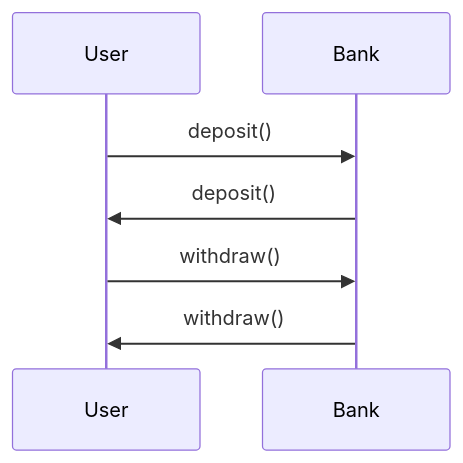
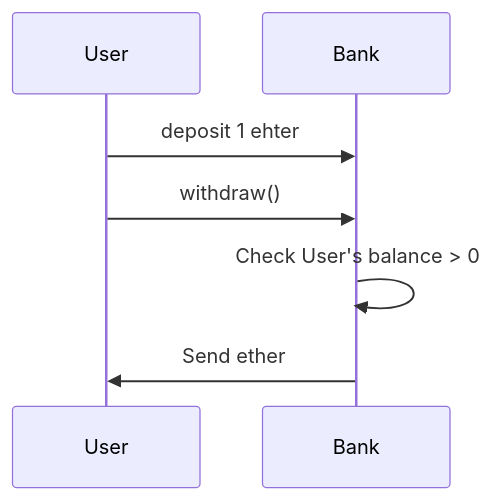
One commit to GaryHo34/blockchain-project changed the second of 6 diagrams in README.md. Above: the diagram before and after it, drawn with Mermaid. The commit also changed other lines of this file, not shown here.

````diff
--- a/README.md
+++ b/README.md
@@ -31,9 +31,9 @@
 ```mermaid
 sequenceDiagram
     participant User
     participant Bank
-    User->>Bank: deposit()
-    Bank->>User: deposit()
+    User->>Bank: deposit 1 ehter
     User->>Bank: withdraw()
-    Bank->>User: withdraw()
+    Bank->>Bank: Check User's balance > 0
+    Bank->>User: Send ether
 ```
````
